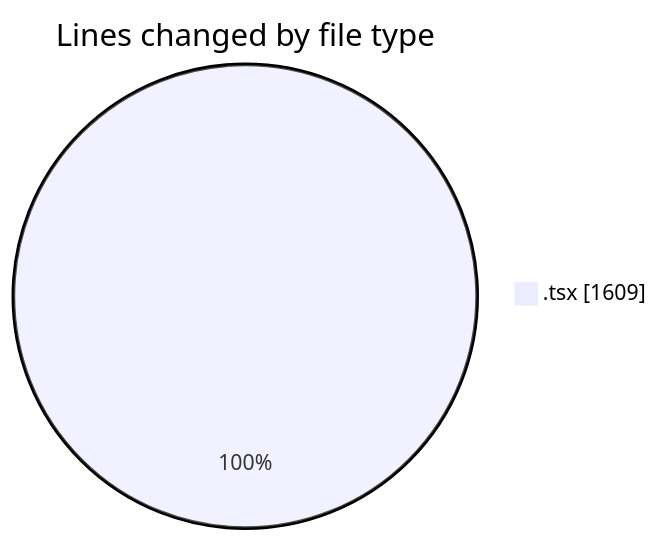
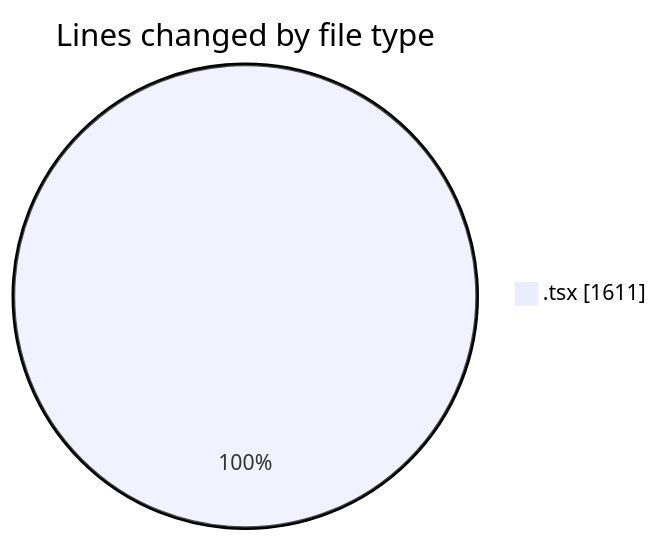
Before and after one commit to momahboobian/code-tracking: the first of 2 diagrams in 2025-06-12/cda/README.md, drawn with Mermaid. The commit also changed other lines of this file and 1 other file, not shown here.

````diff
--- a/2025-06-12/cda/README.md
+++ b/2025-06-12/cda/README.md
@@ -22,5 +22,5 @@
 ```mermaid
 pie showData
 title Lines changed by file type
-".tsx" : 1609
+".tsx" : 1611
 ```
````
